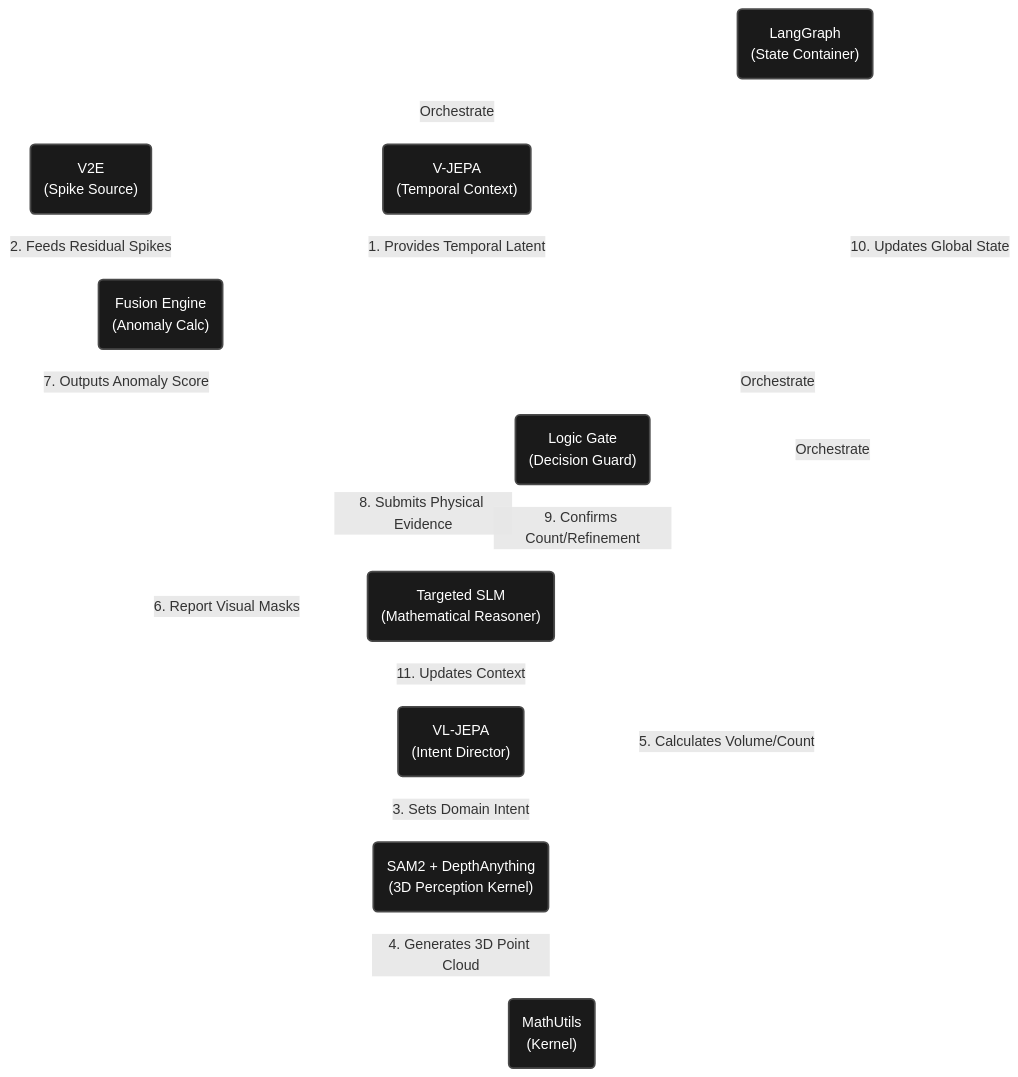
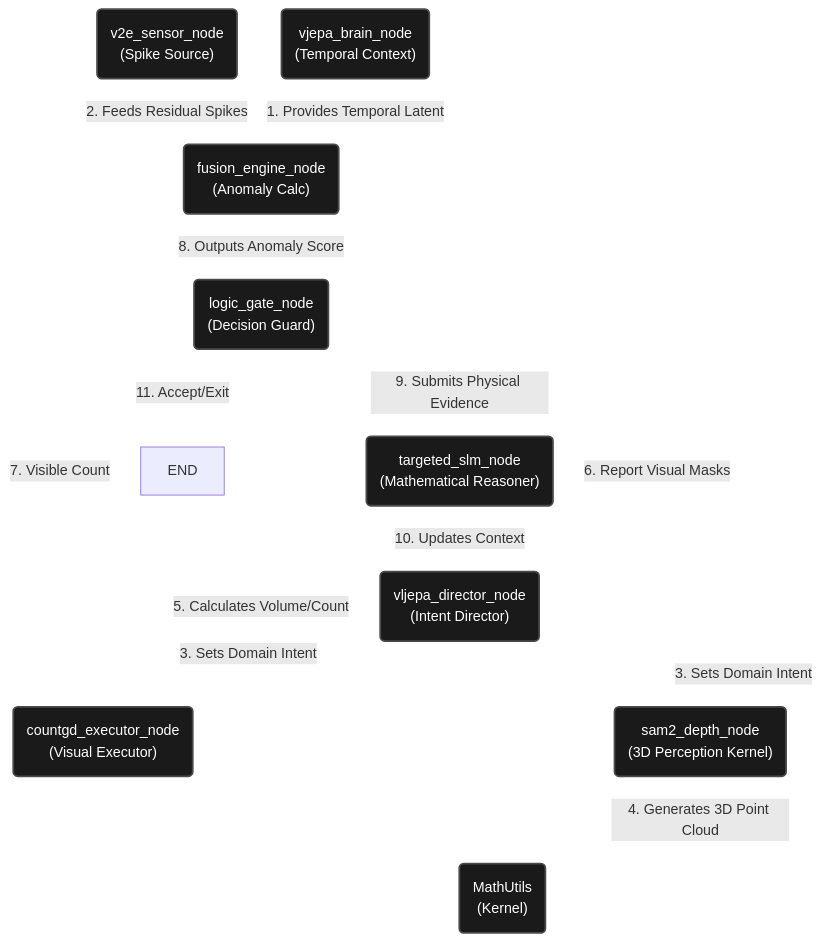
The diagram in Architecture_Diagram.md (Yonnnnnnnnn/numeri-vjepa-experiment), drawn with Mermaid before and after one commit. The commit also changed 10 other files, not shown here.

Commit message:
feat: complete integration of V2E, V-JEPA, CountGD, and SAM2/Depth into LangGraph flow with full doc sync

````diff
--- a/Architecture_Diagram.md
+++ b/Architecture_Diagram.md
@@ -27,44 +27,40 @@
 ```mermaid
 graph TD
     %% Define Objects (Nodes)
-    LangGraph("LangGraph<br>(State Container)")
-    V2E("V2E<br>(Spike Source)")
-    VJEPA("V-JEPA<br>(Temporal Context)")
-    VLJEPA("VL-JEPA<br>(Intent Director)")
-    S2DA("SAM2 + DepthAnything<br>(3D Perception Kernel)")
-    Fusion("Fusion Engine<br>(Anomaly Calc)")
-    LogicGate("Logic Gate<br>(Decision Guard)")
-    SLM("Targeted SLM<br>(Mathematical Reasoner)")
+    v2e_sensor_node("v2e_sensor_node<br>(Spike Source)")
+    vjepa_brain_node("vjepa_brain_node<br>(Temporal Context)")
+    vljepa_director_node("vljepa_director_node<br>(Intent Director)")
+    countgd_executor_node("countgd_executor_node<br>(Visual Executor)")
+    sam2_depth_node("sam2_depth_node<br>(3D Perception Kernel)")
+    fusion_engine_node("fusion_engine_node<br>(Anomaly Calc)")
+    logic_gate_node("logic_gate_node<br>(Decision Guard)")
+    targeted_slm_node("targeted_slm_node<br>(Mathematical Reasoner)")
     MathUtils("MathUtils<br>(Kernel)")
 
     %% Define Morphisms (Arrows = Actions)
 
     %% Sensory & Intent Flow
-    VJEPA -- "1. Provides Temporal Latent" --> Fusion
-    V2E -- "2. Feeds Residual Spikes" --> Fusion
-    VLJEPA -- "3. Sets Domain Intent" --> S2DA
+    vjepa_brain_node -- "1. Provides Temporal Latent" --> fusion_engine_node
+    v2e_sensor_node -- "2. Feeds Residual Spikes" --> fusion_engine_node
+    vljepa_director_node -- "3. Sets Domain Intent" --> sam2_depth_node
+    vljepa_director_node -- "3. Sets Domain Intent" --> countgd_executor_node
 
     %% Perception & Math Flow
-    S2DA -- "4. Generates 3D Point Cloud" --> MathUtils
-    MathUtils -- "5. Calculates Volume/Count" --> LogicGate
-    S2DA -- "6. Report Visual Masks" --> Fusion
+    sam2_depth_node -- "4. Generates 3D Point Cloud" --> MathUtils
+    MathUtils -- "5. Calculates Volume/Count" --> logic_gate_node
+    sam2_depth_node -- "6. Report Visual Masks" --> fusion_engine_node
+    countgd_executor_node -- "7. Visible Count" --> fusion_engine_node
 
     %% Analysis & Decision Flow
-    Fusion -- "7. Outputs Anomaly Score" --> LogicGate
-    LogicGate -- "8. Submits Physical Evidence" --> SLM
+    fusion_engine_node -- "8. Outputs Anomaly Score" --> logic_gate_node
+    logic_gate_node -- "9. Submits Physical Evidence" --> targeted_slm_node
 
     %% Recursion & Exit
-    SLM -- "9. Confirms Count/Refinement" --> LogicGate
-    LogicGate -- "10. Updates Global State" --> LangGraph
-    SLM -- "11. Updates Context" --> VLJEPA
-
-    %% Orchestration
-    LangGraph -. "Orchestrate" .-> VJEPA
-    LangGraph -. "Orchestrate" .-> VLJEPA
-    LangGraph -. "Orchestrate" .-> S2DA
+    targeted_slm_node -- "10. Updates Context" --> vljepa_director_node
+    logic_gate_node -- "11. Accept/Exit" --> END["END"]
 
     %% Styling
     linkStyle default stroke-width:2px,fill:none,stroke:white;
     classDef object fill:#1a1a1a,stroke:#4a4a4a,stroke-width:2px,color:white;
-    class LangGraph,V2E,VJEPA,VLJEPA,S2DA,Fusion,LogicGate,SLM,MathUtils object;
+    class v2e_sensor_node,vjepa_brain_node,vljepa_director_node,countgd_executor_node,sam2_depth_node,fusion_engine_node,logic_gate_node,targeted_slm_node,MathUtils object;
 ```
````
